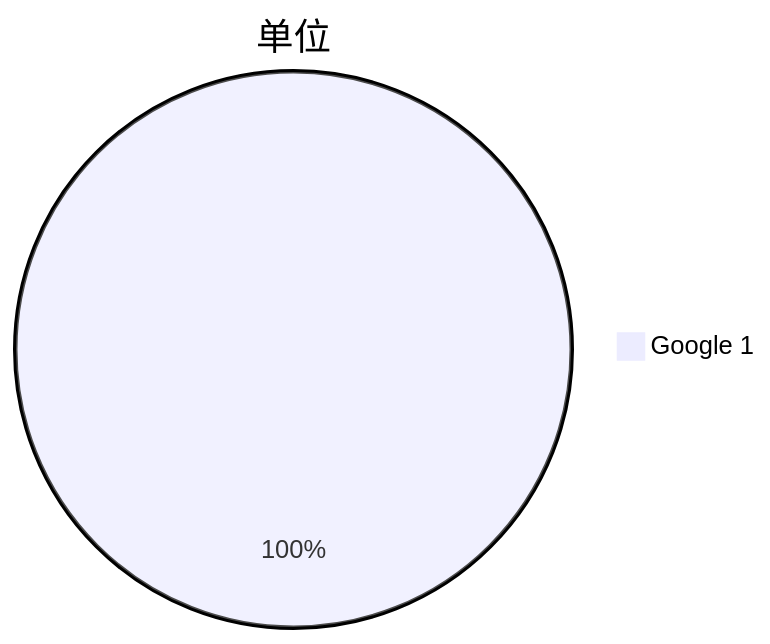
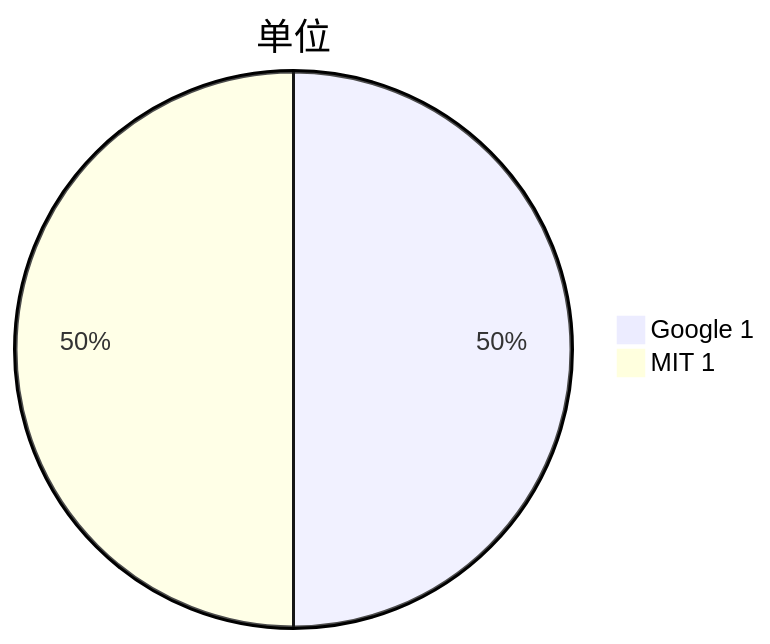
One commit to Elephant-King9/Paper changed the third of 4 diagrams in Attack/Adversarial_Attack/CV/analyse.md. Above: the diagram before and after it, drawn with Mermaid. The commit also changed other lines of this file and 4 other files, not shown here.

````diff
--- a/Attack/Adversarial_Attack/CV/analyse.md
+++ b/Attack/Adversarial_Attack/CV/analyse.md
@@ -24,4 +25,5 @@
 ```mermaid
 pie title 单位
 	"Google 1" : 1
+	"MIT 1" : 1
 ```
````
